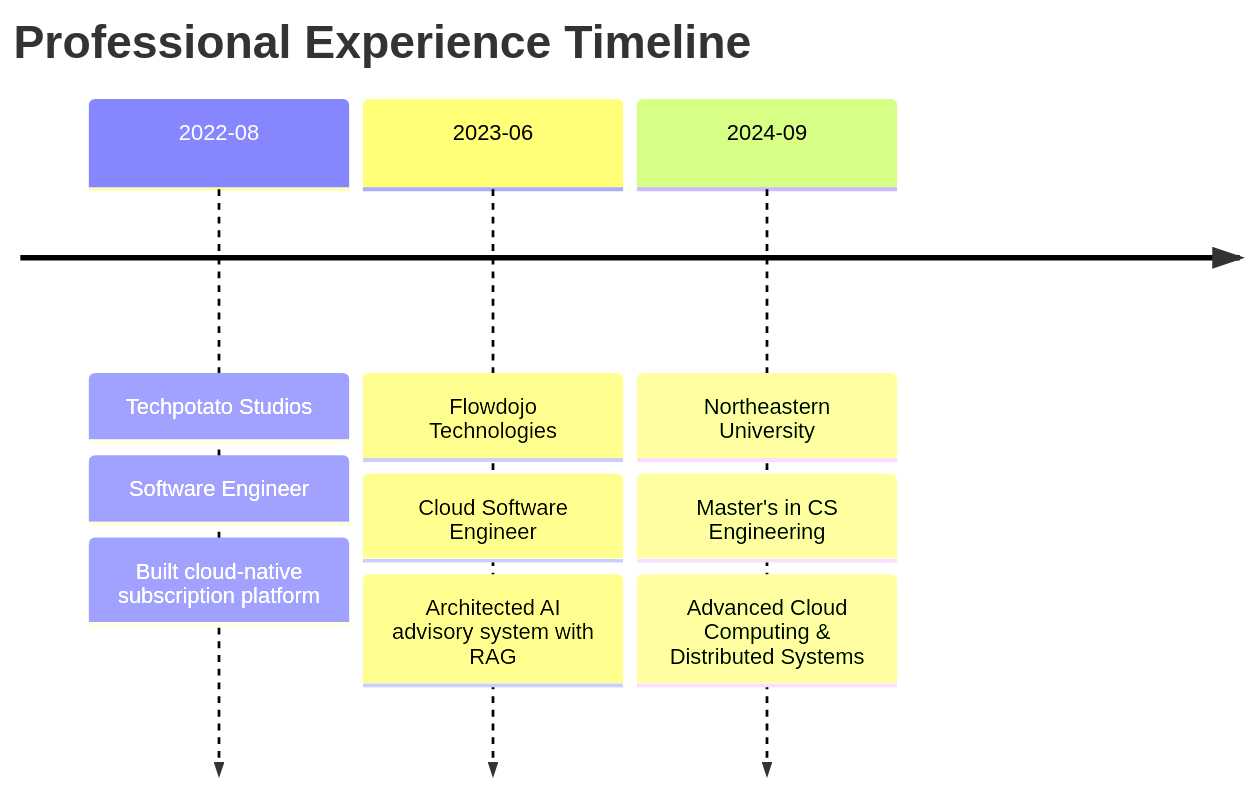
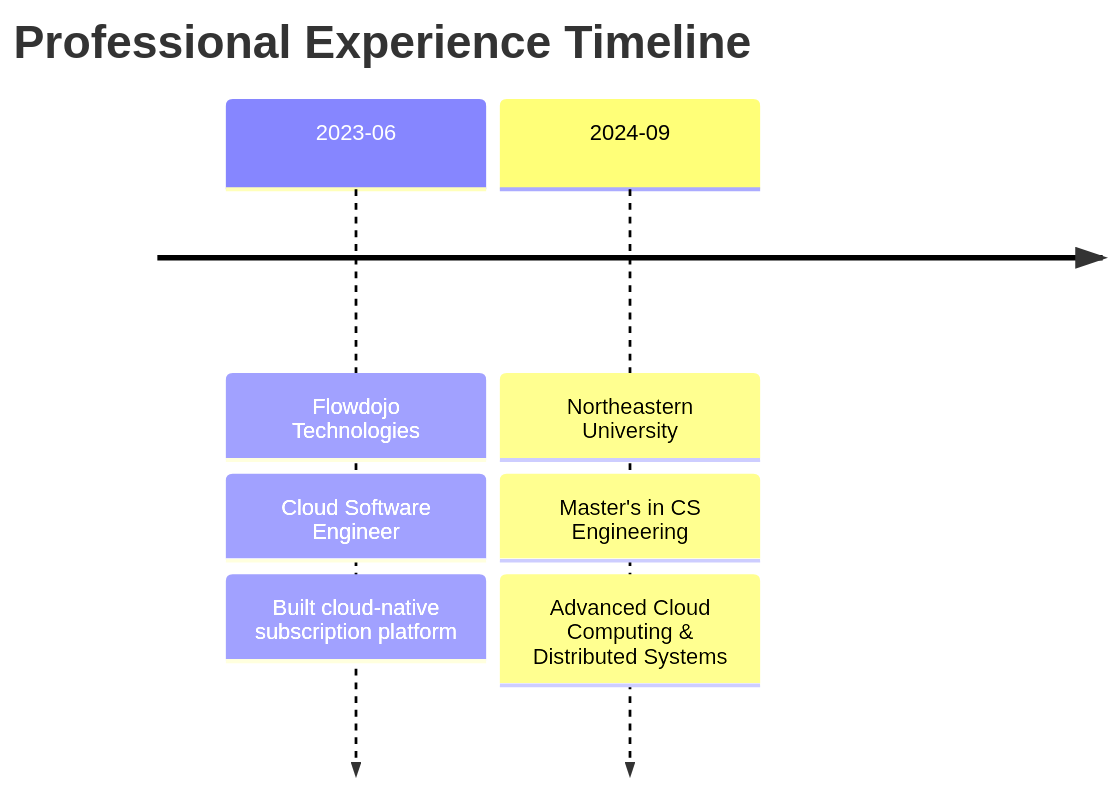
The diagram in README.md (iyashsaraf/iyashsaraf), drawn with Mermaid before and after one commit. The commit also changed other lines of this file, not shown here.

````diff
--- a/README.md
+++ b/README.md
@@ -44,16 +44,12 @@
 ```mermaid
 timeline
     title Professional Experience Timeline
     
-    2022-08 : Techpotato Studios
-            : Software Engineer
-            : Built cloud-native subscription platform
-            
     2023-06 : Flowdojo Technologies
             : Cloud Software Engineer
-            : Architected AI advisory system with RAG
+            : Built cloud-native subscription platform
             
     2024-09 : Northeastern University
             : Master's in CS Engineering
             : Advanced Cloud Computing & Distributed Systems
 ```
````
